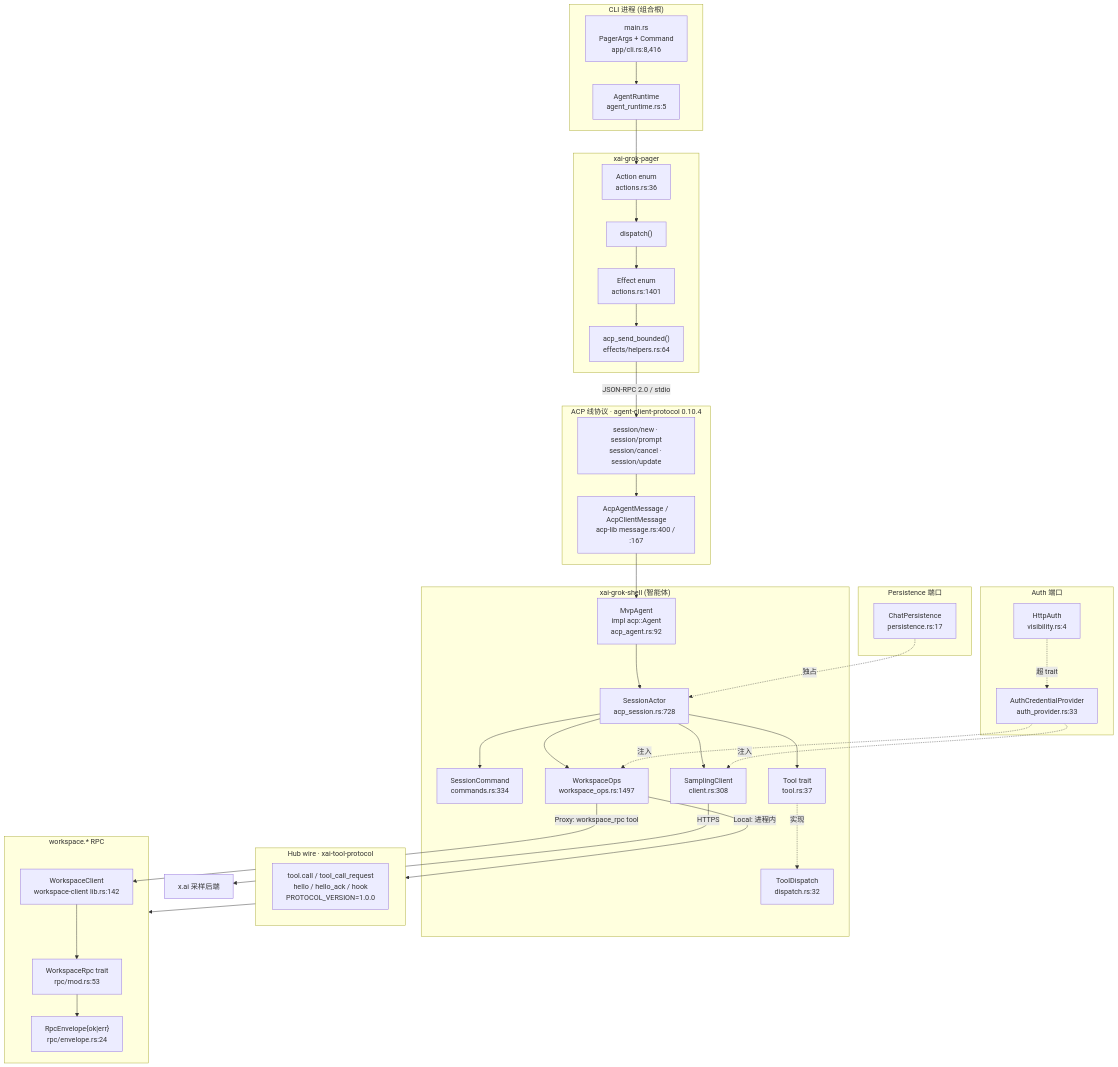
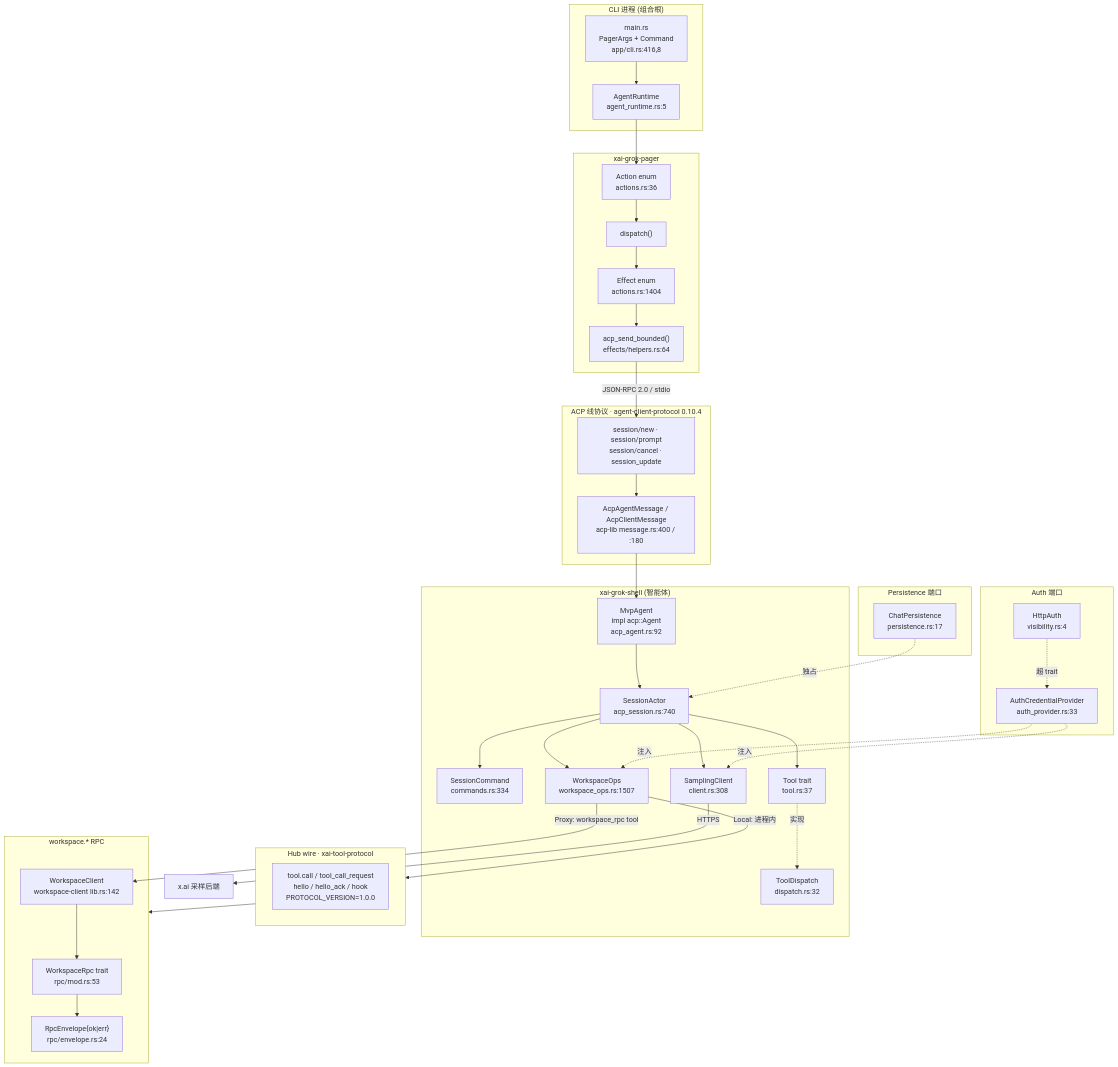
The diagram in docs/adrian/sourceReader/05-API与接口设计.md (adrian9778/grok-build), drawn with Mermaid before and after one commit. The commit also changed other lines of this file and 18 other files, not shown here.

````diff
--- a/docs/adrian/sourceReader/05-API与接口设计.md
+++ b/docs/adrian/sourceReader/05-API与接口设计.md
@@ -99,60 +100,60 @@
 ```mermaid
 flowchart TB
     subgraph CLI["CLI 进程 (组合根)"]
-        MR["main.rs<br/>PagerArgs + Command<br/>app/cli.rs:8,416"]
+        MR["main.rs<br/>PagerArgs + Command<br/>app/cli.rs:416,8"]
         RT["AgentRuntime<br/>agent_runtime.rs:5"]
     end
     subgraph PAGER["xai-grok-pager"]
         ACT["Action enum<br/>actions.rs:36"]
         DISP["dispatch()"]
-        EFF["Effect enum<br/>actions.rs:1401"]
+        EFF["Effect enum<br/>actions.rs:1404"]
         ACS["acp_send_bounded()<br/>effects/helpers.rs:64"]
     end
     subgraph ACP["ACP 线协议 · agent-client-protocol 0.10.4"]
-        WIRE["session/new · session/prompt<br/>session/cancel · session/update"]
-        GATE["AcpAgentMessage / AcpClientMessage<br/>acp-lib message.rs:400 / :167"]
+        WIRE["session/new · session/prompt<br/>session/cancel · session_update"]
+        GATE["AcpAgentMessage / AcpClientMessage<br/>acp-lib message.rs:400 / :180"]
     end
     subgraph SHELL["xai-grok-shell (智能体)"]
         MA["MvpAgent<br/>impl acp::Agent<br/>acp_agent.rs:92"]
-        SA["SessionActor<br/>acp_session.rs:728"]
+        SA["SessionActor<br/>acp_session.rs:740"]
         SC["SessionCommand<br/>commands.rs:334"]
         TOOL["Tool trait<br/>tool.rs:37"]
         TD["ToolDispatch<br/>dispatch.rs:32"]
-        WO["WorkspaceOps<br/>workspace_ops.rs:1497"]
+        WO["WorkspaceOps<br/>workspace_ops.rs:1507"]
         SCli["SamplingClient<br/>client.rs:308"]
     end
     subgraph HUB["Hub wire · xai-tool-protocol"]
         HW["tool.call / tool_call_request<br/>hello / hello_ack / hook<br/>PROTOCOL_VERSION=1.0.0"]
     end
     subgraph WRPC["workspace.* RPC"]
         WR["WorkspaceRpc trait<br/>rpc/mod.rs:53"]
         RE["RpcEnvelope{ok|err}<br/>rpc/envelope.rs:24"]
         WC["WorkspaceClient<br/>workspace-client lib.rs:142"]
     end
     subgraph AUTH["Auth 端口"]
         ACP2["AuthCredentialProvider<br/>auth_provider.rs:33"]
         HA["HttpAuth<br/>visibility.rs:4"]
     end
     subgraph PERS["Persistence 端口"]
         CP["ChatPersistence<br/>persistence.rs:17"]
     end
 
     MR --> RT --> ACT
     ACT --> DISP --> EFF --> ACS -->|"JSON-RPC 2.0 / stdio"| WIRE
     WIRE --> GATE --> MA
     MA --> SA --> SC
     SA --> TOOL
     TOOL -.实现.-> TD
     SA --> WO
     SA --> SCli
     SCli -->|HTTPS| XAI["x.ai 采样后端"]
     WO -->|"Local: 进程内"| HUB
     WO -->|"Proxy: workspace_rpc tool"| WC
     WC --> WR
     WR --> RE
     HUB --> WRPC
     ACP2 -.注入.-> SCli
     ACP2 -.注入.-> WO
     HA -.超 trait.-> ACP2
     CP -.独占.-> SA
 ```
````
